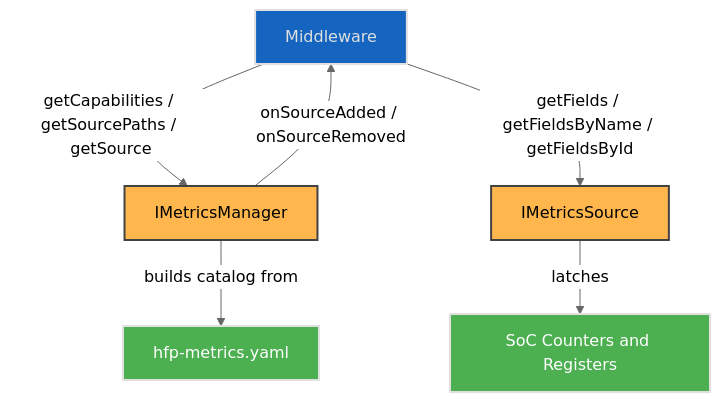
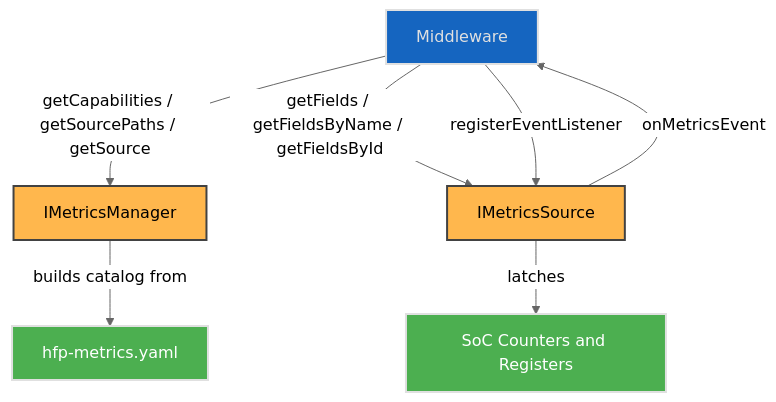
Before and after one commit to rdkcentral/rdk-halif-aidl: the first of 2 diagrams in metrics/current/docs/metrics.md, drawn with Mermaid (neutral theme). The commit also changed other lines of this file and 10 other files, not shown here.

````diff
--- a/metrics/current/docs/metrics.md
+++ b/metrics/current/docs/metrics.md
@@ -243,19 +251,20 @@
 ```mermaid
 flowchart TD
     Client[Middleware] -->|getCapabilities / getSourcePaths / getSource| MGR[IMetricsManager]
     Client -->|getFields / getFieldsByName / getFieldsById| SRC[IMetricsSource]
-    MGR -->|onSourceAdded / onSourceRemoved| Client
+    Client -->|registerEventListener| SRC
+    SRC -->|onMetricsEvent| Client
     MGR -->|builds catalog from| HFP[hfp-metrics.yaml]
     SRC -->|latches| HW[SoC Counters and Registers]
 
     classDef blue fill:#1565C0,stroke:#E0E0E0,stroke-width:2px,color:#E0E0E0;
     classDef wheat fill:#FFB74D,stroke:#424242,stroke-width:2px,color:#000000;
     classDef green fill:#4CAF50,stroke:#E0E0E0,stroke-width:2px,color:#FFFFFF;
     classDef default fill:#1E1E1E,stroke:#E0E0E0,stroke-width:1px,color:#E0E0E0;
 
     Client:::blue
     MGR:::wheat
     SRC:::wheat
     HFP:::green
     HW:::green
 ```
````
